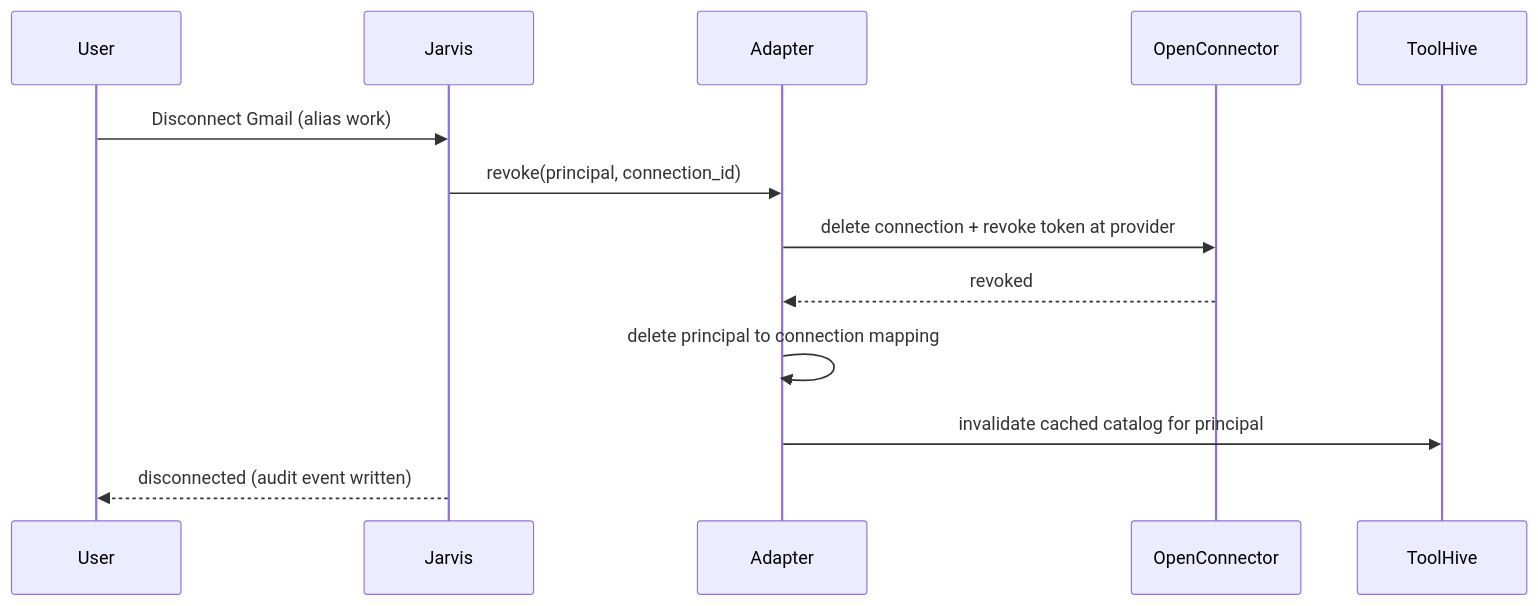
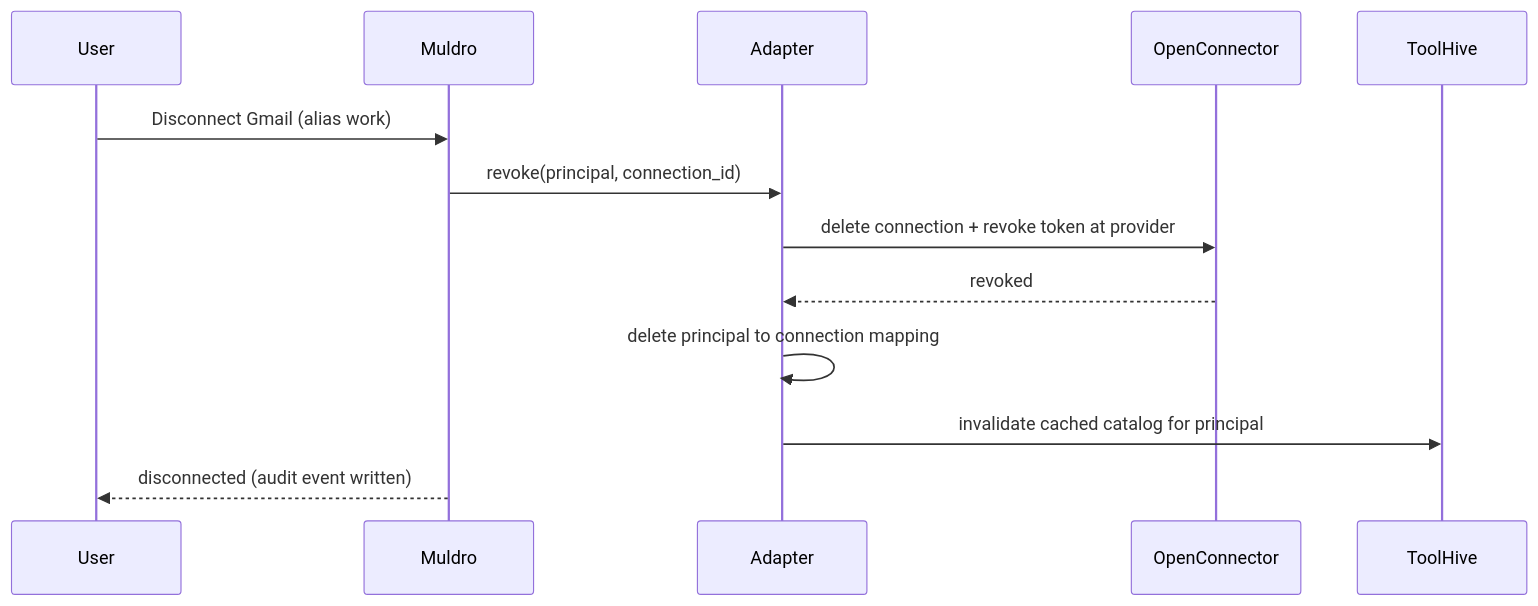
One commit to shivadharmi/muldro changed the tenth of 13 diagrams in docs/architecture/toolhive-openconnector-assessment.md. Above: the diagram before and after it, drawn with Mermaid. The commit also changed other lines of this file and 359 other files, not shown here.

First line of the commit message:
chore: rebrand Jarvis to Muldro across the codebase

````diff
--- a/docs/architecture/toolhive-openconnector-assessment.md
+++ b/docs/architecture/toolhive-openconnector-assessment.md
@@ -469,15 +469,15 @@
 ```mermaid
 sequenceDiagram
     participant U as User
-    participant J as Jarvis
+    participant J as Muldro
     participant A as Adapter
     participant OC as OpenConnector
     participant TH as ToolHive
     U->>J: Disconnect Gmail (alias work)
     J->>A: revoke(principal, connection_id)
     A->>OC: delete connection + revoke token at provider
     OC-->>A: revoked
     A->>A: delete principal to connection mapping
     A->>TH: invalidate cached catalog for principal
     J-->>U: disconnected (audit event written)
 ```
````
